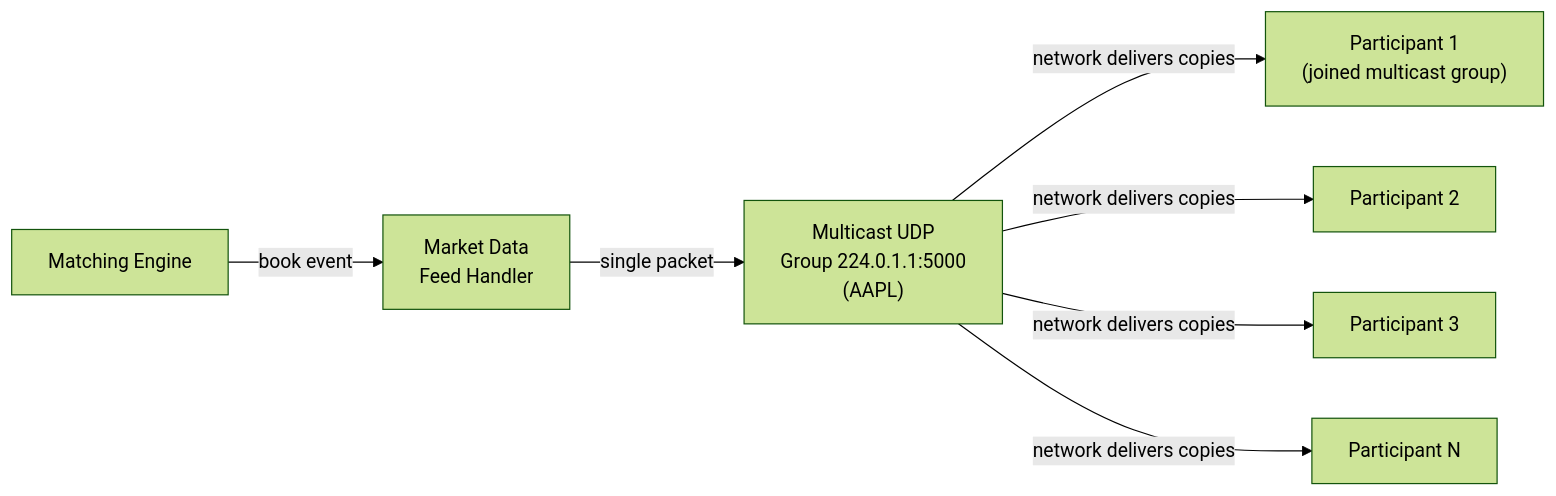
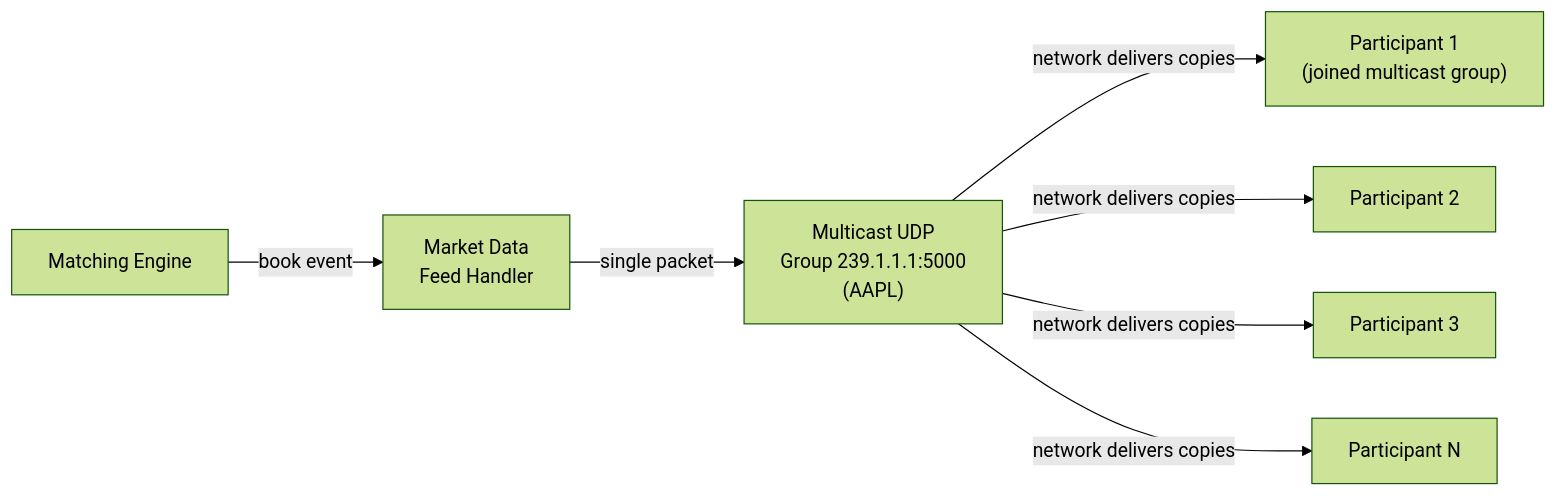
Before and after one commit to Ankan1998/learn-system-design: the sixth of 6 diagrams in Bonus-Real-World-Architectures/24-Stock-Exchange/README.md, drawn with Mermaid (forest theme). The commit also changed other lines of this file and 139 other files, not shown here.

````diff
--- a/Bonus-Real-World-Architectures/24-Stock-Exchange/README.md
+++ b/Bonus-Real-World-Architectures/24-Stock-Exchange/README.md
@@ -355,17 +363,17 @@
 ```mermaid
 flowchart LR
     ME["Matching Engine"]
     MDF["Market Data<br/>Feed Handler"]
-    MC["Multicast UDP<br/>Group 224.0.1.1:5000<br/>(AAPL)"]
+    MC["Multicast UDP<br/>Group 239.1.1.1:5000<br/>(AAPL)"]
     P1["Participant 1<br/>(joined multicast group)"]
     P2["Participant 2"]
     P3["Participant 3"]
     PN["Participant N"]
 
     ME -->|book event| MDF
     MDF -->|single packet| MC
     MC -->|network delivers copies| P1
     MC -->|network delivers copies| P2
     MC -->|network delivers copies| P3
     MC -->|network delivers copies| PN
 ```
````
